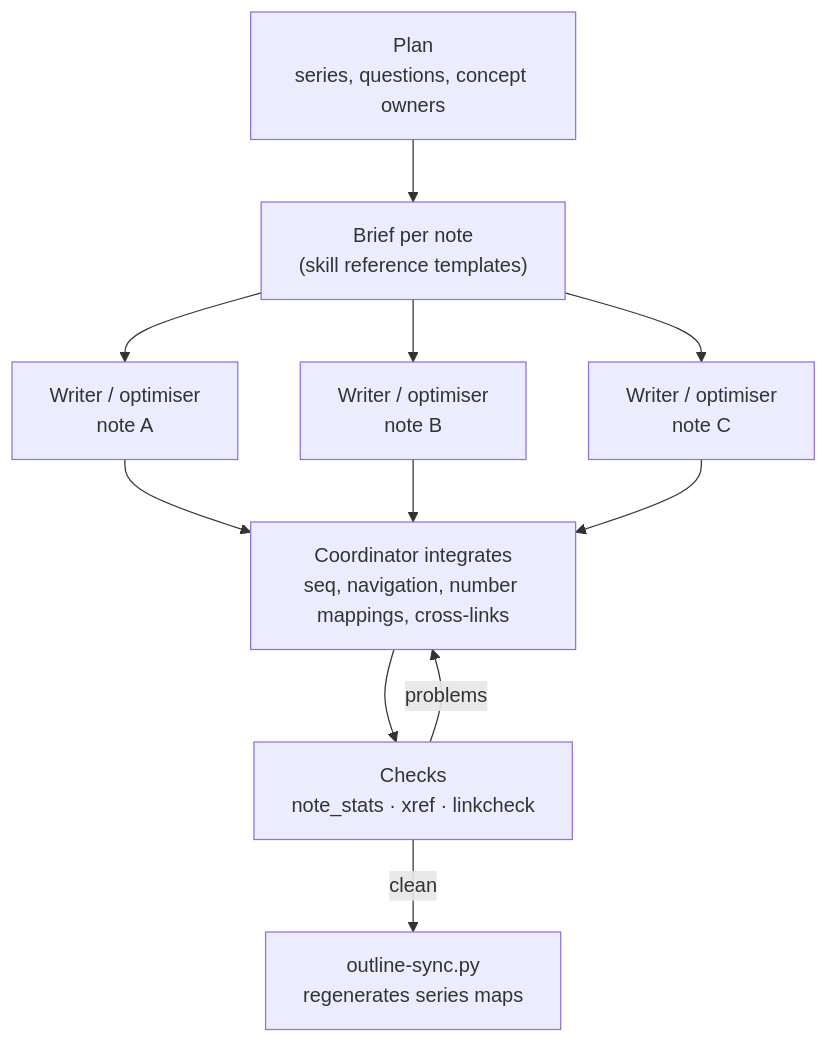
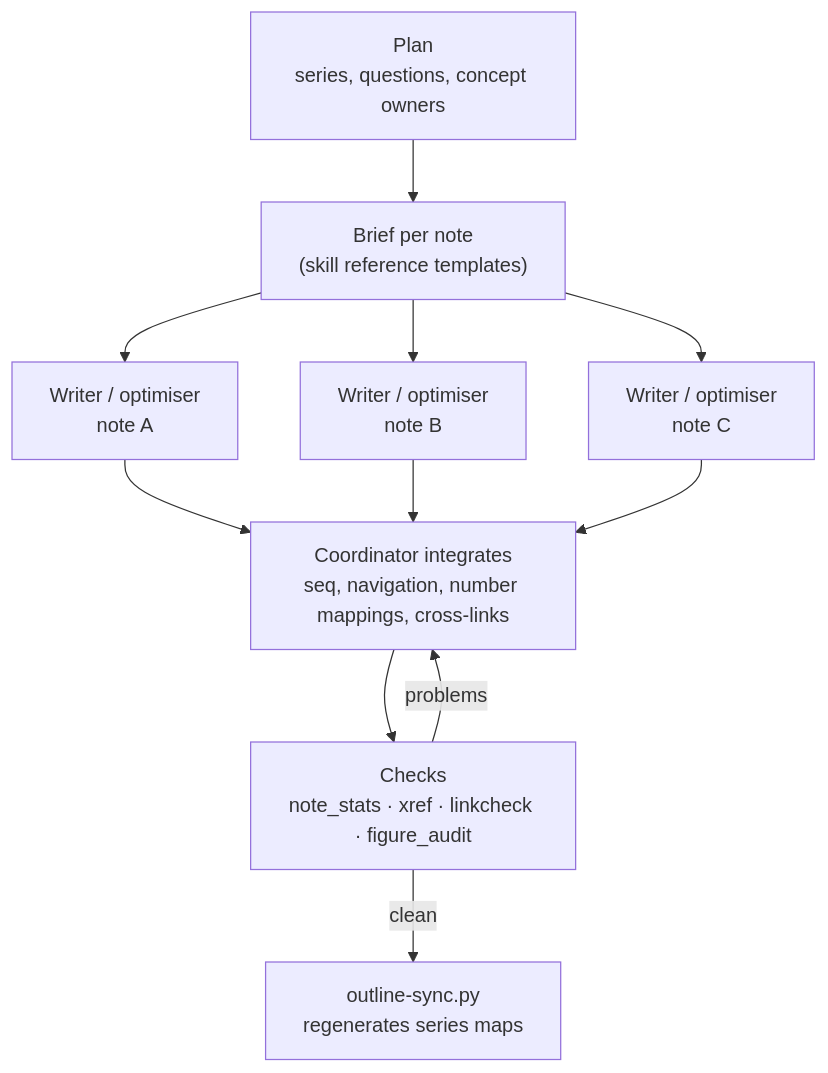
The second of 2 diagrams in README.md (Lyz-623/obsidian-agent-kb), drawn with Mermaid before and after one commit. The commit also changed other lines of this file and 13 other files, not shown here.

First line of the commit message:
Add Chinese README; explain every figure panel individually

````diff
--- a/README.md
+++ b/README.md
@@ -61,11 +63,11 @@
 ```mermaid
 flowchart TD
   plan["Plan<br/>series, questions, concept owners"] --> brief["Brief per note<br/>(skill reference templates)"]
   brief --> w1["Writer / optimiser<br/>note A"]
   brief --> w2["Writer / optimiser<br/>note B"]
   brief --> w3["Writer / optimiser<br/>note C"]
   w1 & w2 & w3 --> coord["Coordinator integrates<br/>seq, navigation, number mappings, cross-links"]
-  coord --> checks["Checks<br/>note_stats · xref · linkcheck"]
+  coord --> checks["Checks<br/>note_stats · xref · linkcheck · figure_audit"]
   checks -- problems --> coord
   checks -- clean --> sync["outline-sync.py<br/>regenerates series maps"]
 ```
````
